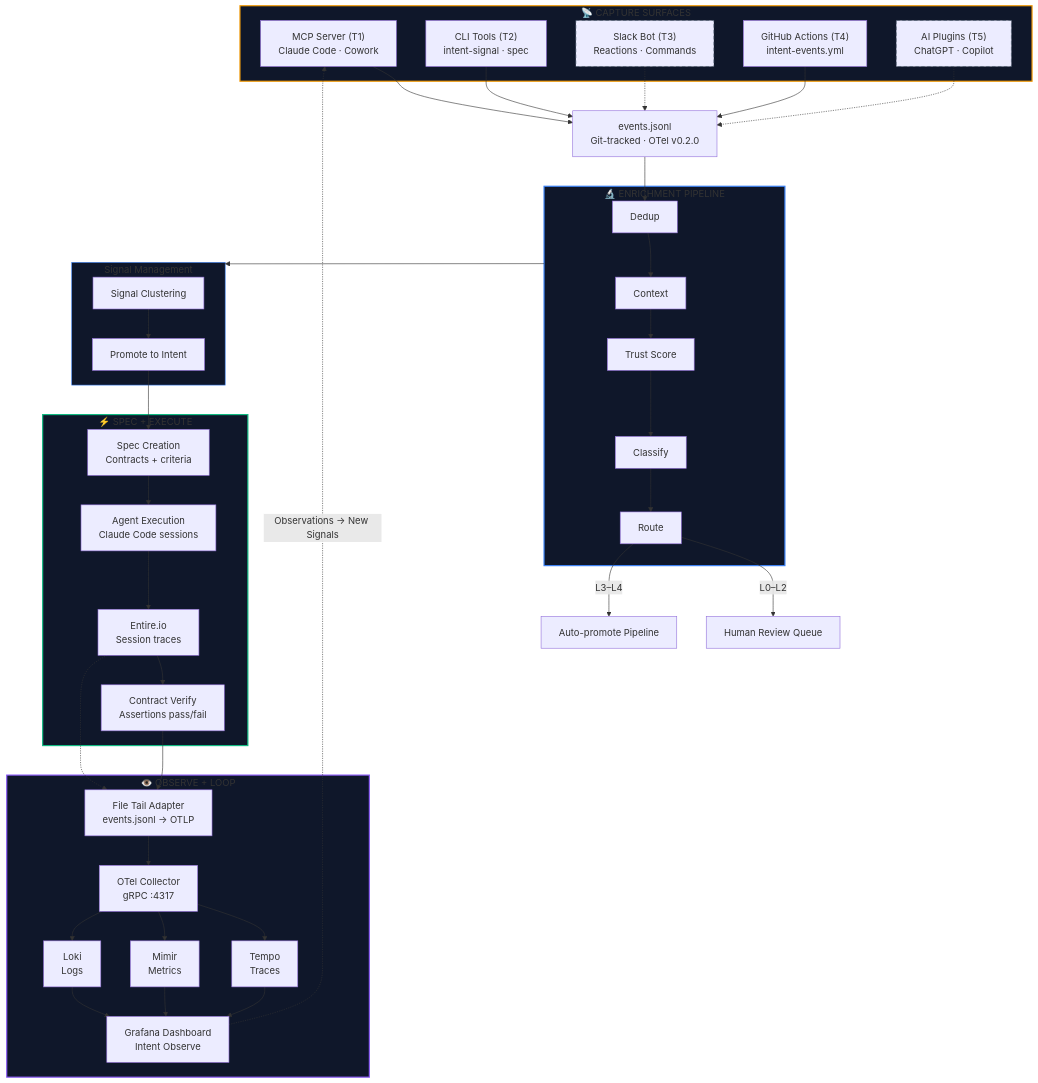
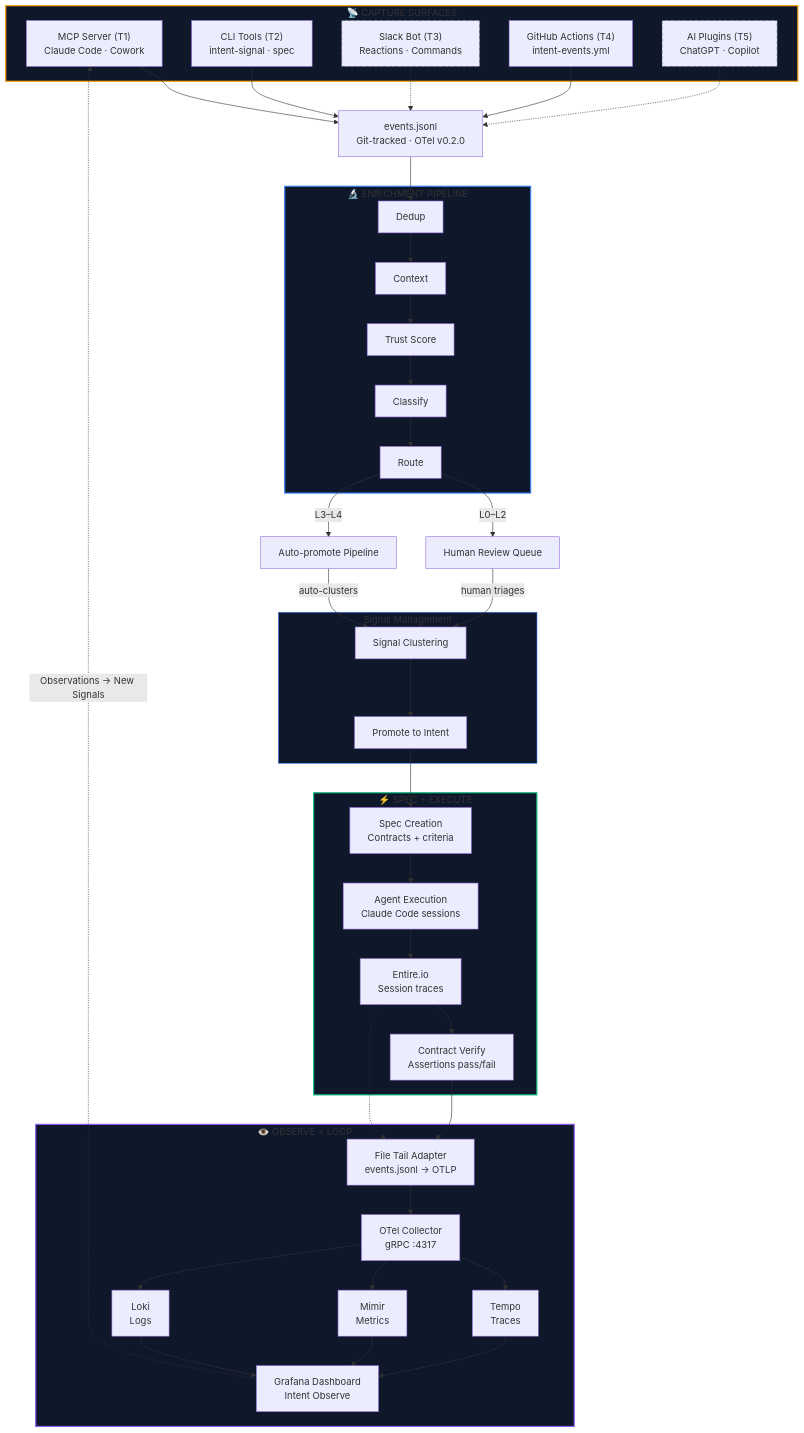
Before and after one commit to theparlor/intent-site: the diagram in docs/diagrams/system-architecture.mermaid, drawn with Mermaid. The commit also changed 2 other files, not shown here.

Commit message:
Fix disconnected routing outputs in system diagram
Human Review Queue and Auto-promote Pipeline were dead ends — signals
routed by the L0-L4 autonomy split had no forward path to Signal
Clustering. Both now connect explicitly:

- Human Review (L0-L2) → Signal Clustering (amber arrow, 'human triages')
- Auto-promote (L3-L4) → Signal Clustering (green arrow, 'auto-clusters')

Removed generic pipeline→clustering arrow (replaced by explicit paths).
Added data-id attributes + DETAILS entries for both boxes so clicking
them updates the detail panel. Added green arrowhead marker.

```diff
--- a/docs/diagrams/system-architecture.mermaid
+++ b/docs/diagrams/system-architecture.mermaid
@@ -1,81 +1,82 @@
 %% Intent System Architecture — Signal to Observation Flow
 %% Source of truth for system-diagram.html interactive SVG
 %% Copy this into PRs, docs, or presentations
 
 flowchart TD
     %% ── Row 1: Capture Surfaces ──
     subgraph capture["📡 CAPTURE SURFACES"]
         MCP["MCP Server (T1)<br/>Claude Code · Cowork"]
         CLI["CLI Tools (T2)<br/>intent-signal · spec"]
         SLACK["Slack Bot (T3)<br/>Reactions · Commands"]:::planned
         GHA["GitHub Actions (T4)<br/>intent-events.yml"]
         AIP["AI Plugins (T5)<br/>ChatGPT · Copilot"]:::planned
     end
 
     JSONL["events.jsonl<br/>Git-tracked · OTel v0.2.0"]
 
     MCP --> JSONL
     CLI --> JSONL
     SLACK -.-> JSONL
     GHA --> JSONL
     AIP -.-> JSONL
 
     %% ── Row 2: Enrichment Pipeline ──
     subgraph pipeline["🔬 ENRICHMENT PIPELINE"]
         DEDUP["Dedup"] --> CTX["Context"] --> TRUST["Trust Score"] --> CLASS["Classify"] --> ROUTE["Route"]
     end
 
     JSONL --> DEDUP
 
     ROUTE -->|"L0–L2"| HUMAN["Human Review Queue"]
     ROUTE -->|"L3–L4"| AUTO["Auto-promote Pipeline"]
 
     subgraph clustering["Signal Management"]
         CLUSTER["Signal Clustering"] --> PROMOTE["Promote to Intent"]
     end
 
-    pipeline --> clustering
+    HUMAN -->|"human triages"| CLUSTER
+    AUTO -->|"auto-clusters"| CLUSTER
 
     %% ── Row 3: Spec + Execute ──
     subgraph execute["⚡ SPEC + EXECUTE"]
         SPEC["Spec Creation<br/>Contracts + criteria"]
         AGENT["Agent Execution<br/>Claude Code sessions"]
         ENTIRE["Entire.io<br/>Session traces"]
         VERIFY["Contract Verify<br/>Assertions pass/fail"]
     end
 
     PROMOTE --> SPEC
     SPEC --> AGENT
     AGENT --> ENTIRE
     ENTIRE --> VERIFY
 
     %% ── Row 4: Observe + Loop ──
     subgraph observe["👁️ OBSERVE + LOOP"]
         TAIL["File Tail Adapter<br/>events.jsonl → OTLP"]
         OTEL["OTel Collector<br/>gRPC :4317"]
         TEMPO["Tempo<br/>Traces"]
         MIMIR["Mimir<br/>Metrics"]
         LOKI["Loki<br/>Logs"]
         GRAFANA["Grafana Dashboard<br/>Intent Observe"]
     end
 
     VERIFY --> TAIL
     ENTIRE -.-> TAIL
     TAIL --> OTEL
     OTEL --> TEMPO
     OTEL --> MIMIR
     OTEL --> LOKI
     TEMPO --> GRAFANA
     MIMIR --> GRAFANA
     LOKI --> GRAFANA
 
     %% ── Loop Closure ──
     GRAFANA -.->|"Observations → New Signals"| MCP
 
     %% ── Styles ──
     classDef planned stroke-dasharray: 6 4, stroke: #475569
     style capture fill:#0f172a,stroke:#f59e0b,stroke-width:2px
     style pipeline fill:#0f172a,stroke:#3b82f6,stroke-width:2px
     style clustering fill:#0f172a,stroke:#3b82f6,stroke-width:1px
     style execute fill:#0f172a,stroke:#10b981,stroke-width:2px
     style observe fill:#0f172a,stroke:#8b5cf6,stroke-width:2px
```
